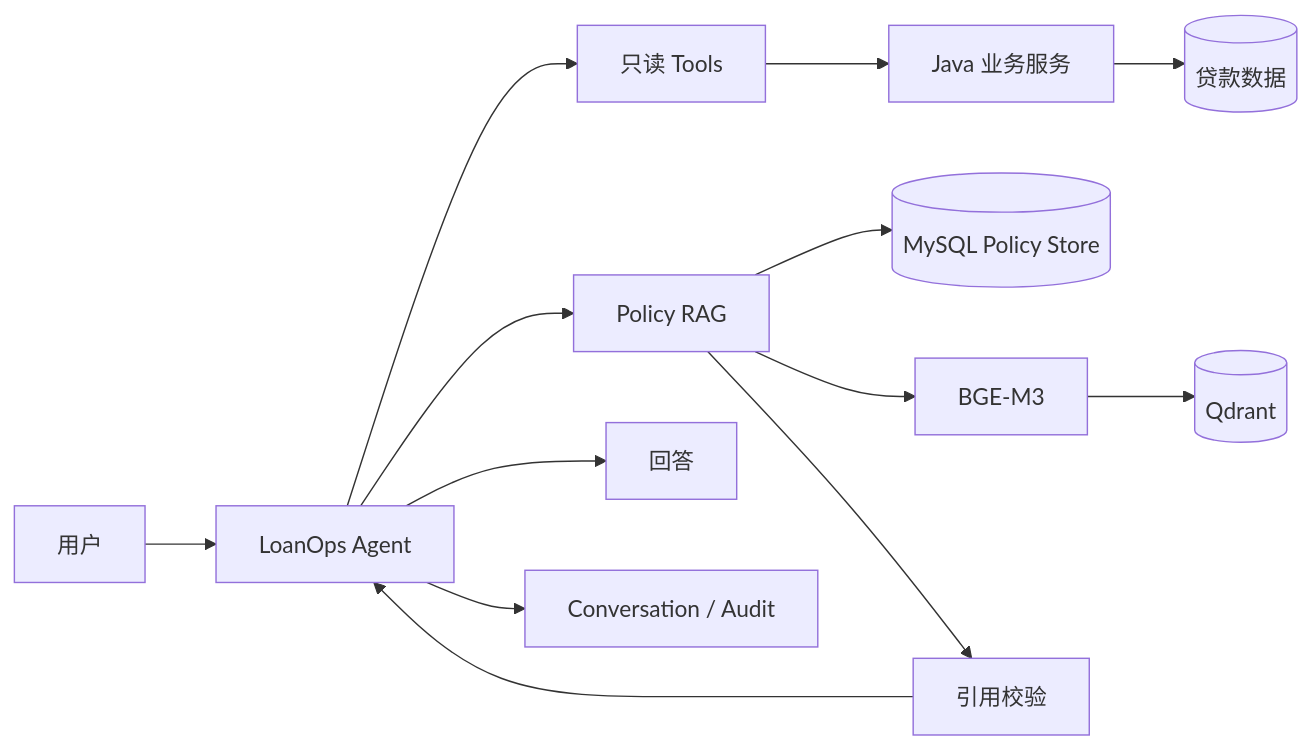
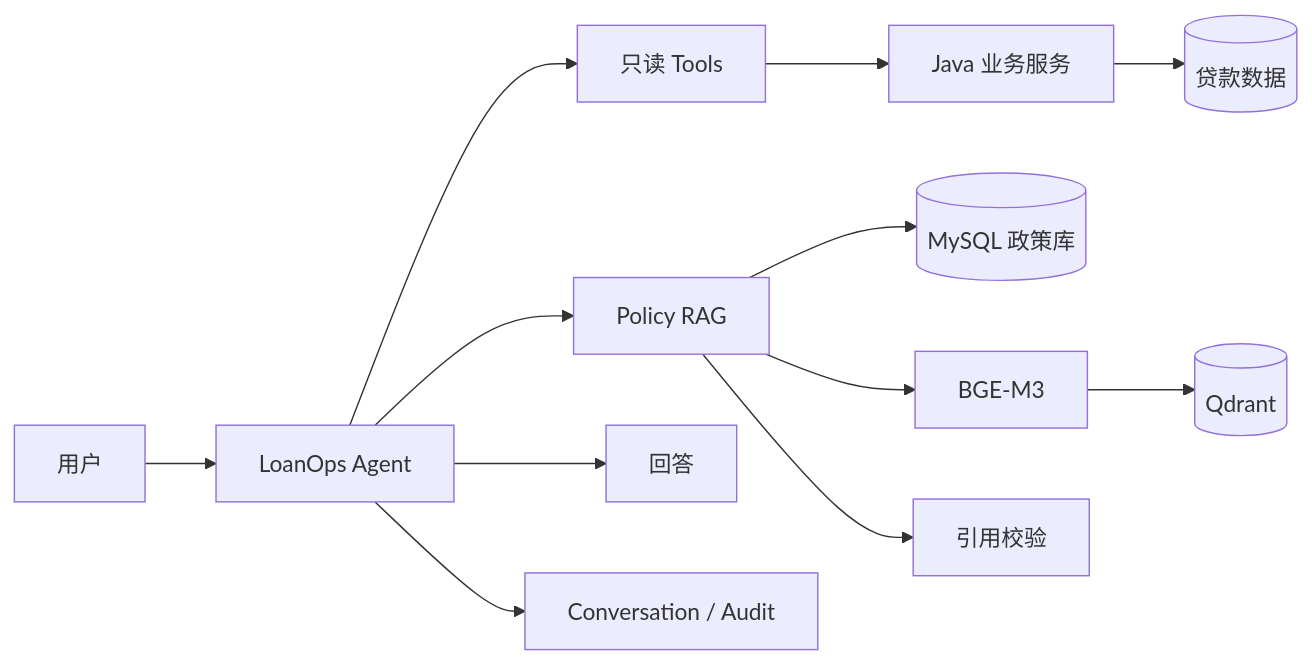
One commit to liandongjie/loanops-agent changed the diagram in README.md. Above: the diagram before and after it, drawn with Mermaid. The commit also changed other lines of this file and 8 other files, not shown here.

````diff
--- a/README.md
+++ b/README.md
@@ -89,19 +123,17 @@
 ```mermaid
 flowchart LR
     U[用户] --> A[LoanOps Agent]
 
     A --> T[只读 Tools]
     T --> S[Java 业务服务]
     S --> L[(贷款数据)]
 
     A --> R[Policy RAG]
-    R --> M[(MySQL Policy Store)]
+    R --> M[(MySQL 政策库)]
     R --> E[BGE-M3]
     E --> Q[(Qdrant)]
-
     R --> C[引用校验]
-    C --> A
 
     A --> O[回答]
     A --> D[Conversation / Audit]
 ```
````
